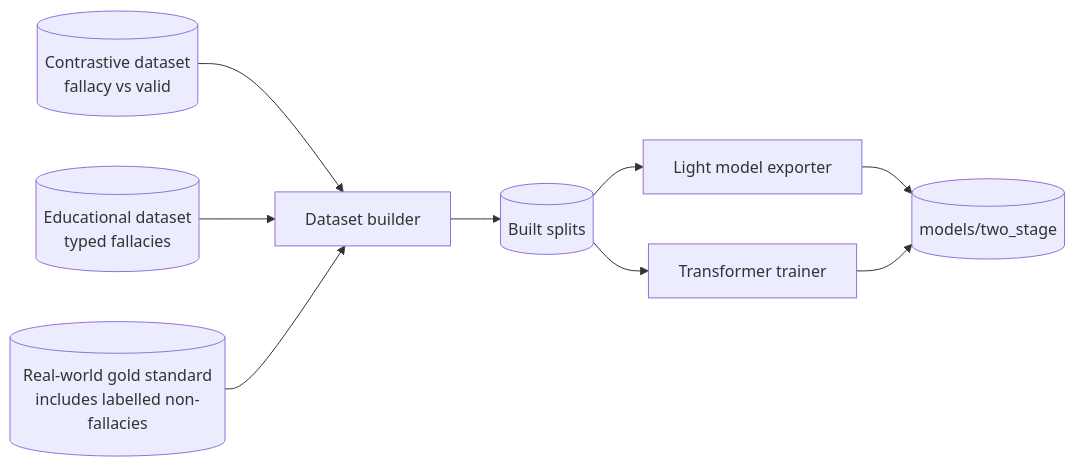
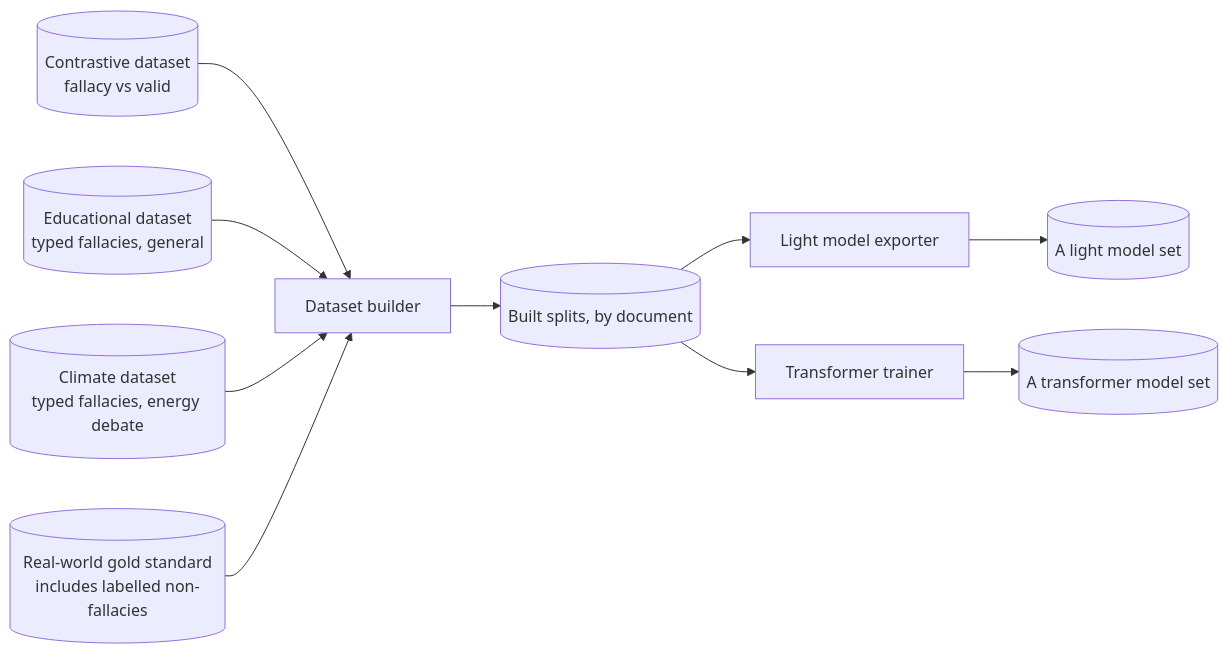
The sixth of 6 diagrams in fallacysuspect/requirements/03-architecture.md (MoAbboud/PortFolio), drawn with Mermaid before and after one commit. The commit also changed other lines of this file and 6 other files, not shown here.

````diff
--- a/fallacysuspect/requirements/03-architecture.md
+++ b/fallacysuspect/requirements/03-architecture.md
@@ -226,11 +256,12 @@
 ```mermaid
 flowchart LR
     K[(Contrastive dataset<br/>fallacy vs valid)] --> B[Dataset builder]
-    E[(Educational dataset<br/>typed fallacies)] --> B
+    E[(Educational dataset<br/>typed fallacies, general)] --> B
+    C[(Climate dataset<br/>typed fallacies, energy debate)] --> B
     M[(Real-world gold standard<br/>includes labelled non-fallacies)] --> B
-    B --> SPLITS[(Built splits)]
+    B --> SPLITS[(Built splits, by document)]
     SPLITS --> T1[Light model exporter]
     SPLITS --> T2[Transformer trainer]
-    T1 --> OUT[(models/two_stage)]
-    T2 --> OUT
+    T1 --> OUT1[(A light model set)]
+    T2 --> OUT2[(A transformer model set)]
 ```
````
